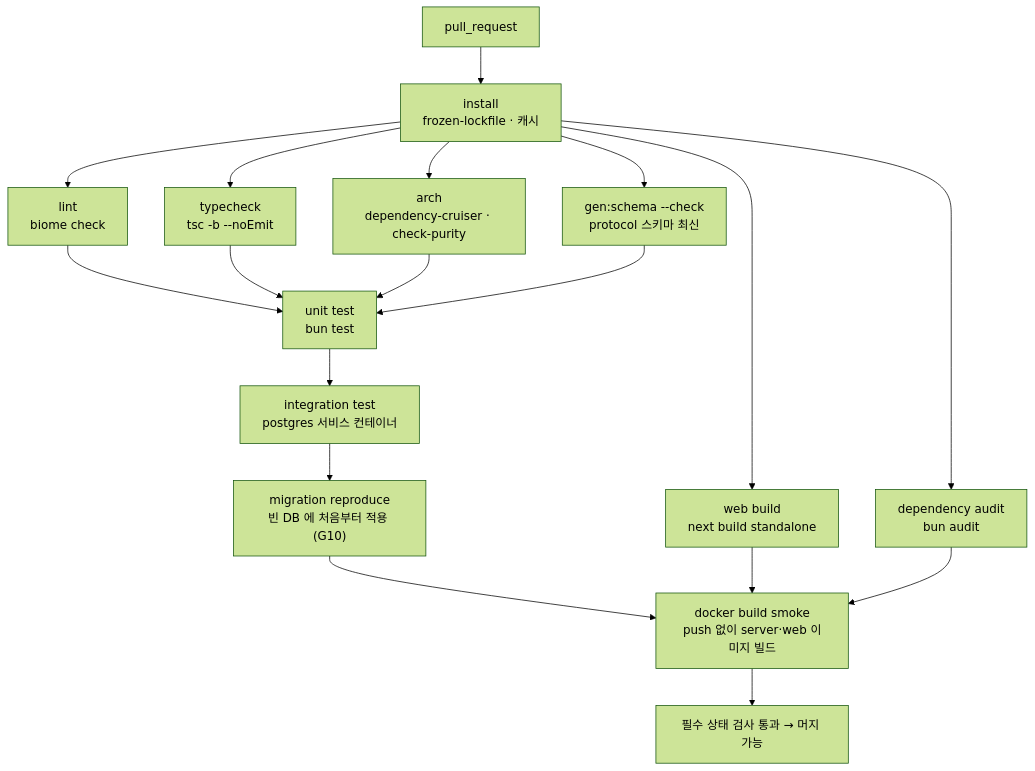
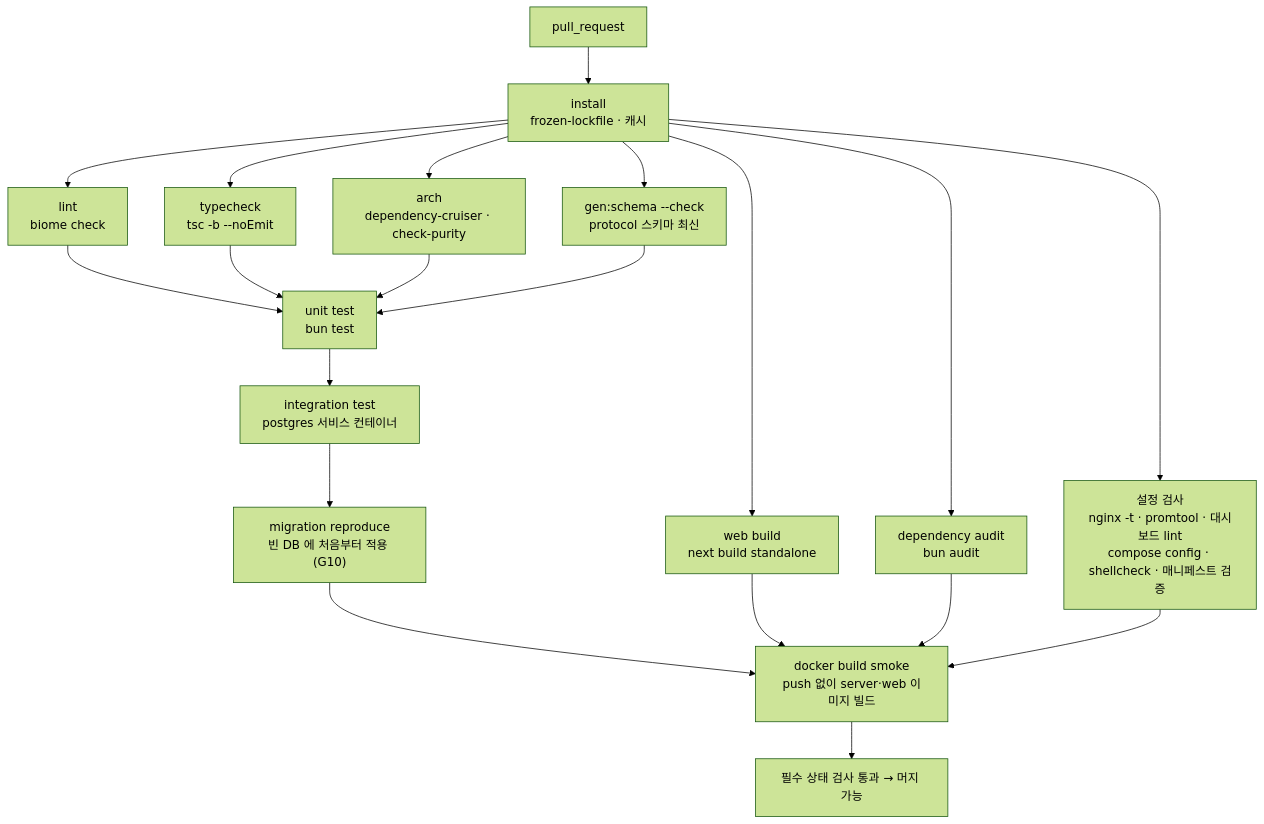
Before and after one commit to 1985jwlee/portpolio_backend: the second of 4 diagrams in docs/design/09-ci-cd.md, drawn with Mermaid (forest theme). The commit also changed other lines of this file and 25 other files, not shown here.

````diff
--- a/docs/design/09-ci-cd.md
+++ b/docs/design/09-ci-cd.md
@@ -48,15 +48,16 @@
 ```mermaid
 flowchart TD
     T["pull_request"] --> I["install<br/>frozen-lockfile · 캐시"]
     I --> L["lint<br/>biome check"]
     I --> TC["typecheck<br/>tsc -b --noEmit"]
     I --> AR["arch<br/>dependency-cruiser · check-purity"]
     I --> GS["gen:schema --check<br/>protocol 스키마 최신"]
     L & TC & AR & GS --> U["unit test<br/>bun test"]
     U --> INT["integration test<br/>postgres 서비스 컨테이너"]
     INT --> MIG["migration reproduce<br/>빈 DB 에 처음부터 적용 (G10)"]
     I --> AUD["dependency audit<br/>bun audit"]
     I --> WB["web build<br/>next build standalone"]
-    MIG & WB & AUD --> DB["docker build smoke<br/>push 없이 server·web 이미지 빌드"]
+    I --> CFG["설정 검사<br/>nginx -t · promtool · 대시보드 lint<br/>compose config · shellcheck · 매니페스트 검증"]
+    MIG & WB & AUD & CFG --> DB["docker build smoke<br/>push 없이 server·web 이미지 빌드"]
     DB --> OK["필수 상태 검사 통과 → 머지 가능"]
 ```
````
